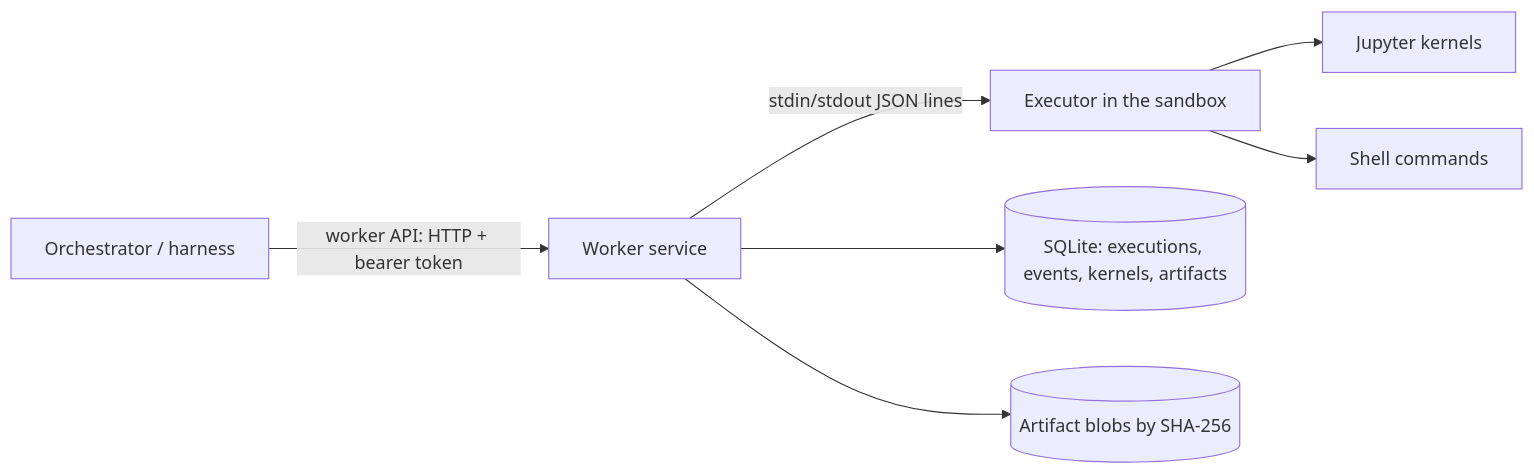
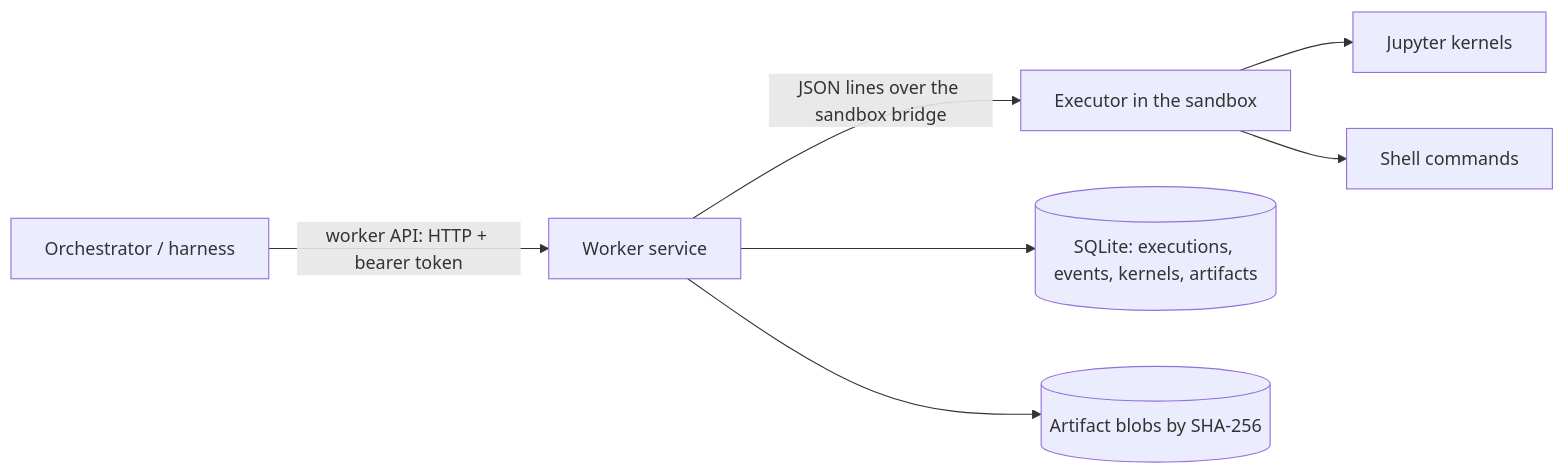
The diagram in docs/WORKER.md (regenscheid/sandbox-crypto), drawn with Mermaid before and after one commit. The commit also changed other lines of this file and 2 other files, not shown here.

````diff
--- a/docs/WORKER.md
+++ b/docs/WORKER.md
@@ -19,9 +15,9 @@
 ```mermaid
 flowchart LR
   O[Orchestrator / harness] -->|worker API: HTTP + bearer token| W[Worker service]
-  W -->|stdin/stdout JSON lines| E[Executor in the sandbox]
+  W -->|JSON lines over the sandbox bridge| E[Executor in the sandbox]
   E --> K[Jupyter kernels]
   E --> S[Shell commands]
   W --> D[(SQLite: executions, events, kernels, artifacts)]
   W --> A[(Artifact blobs by SHA-256)]
 ```
````
